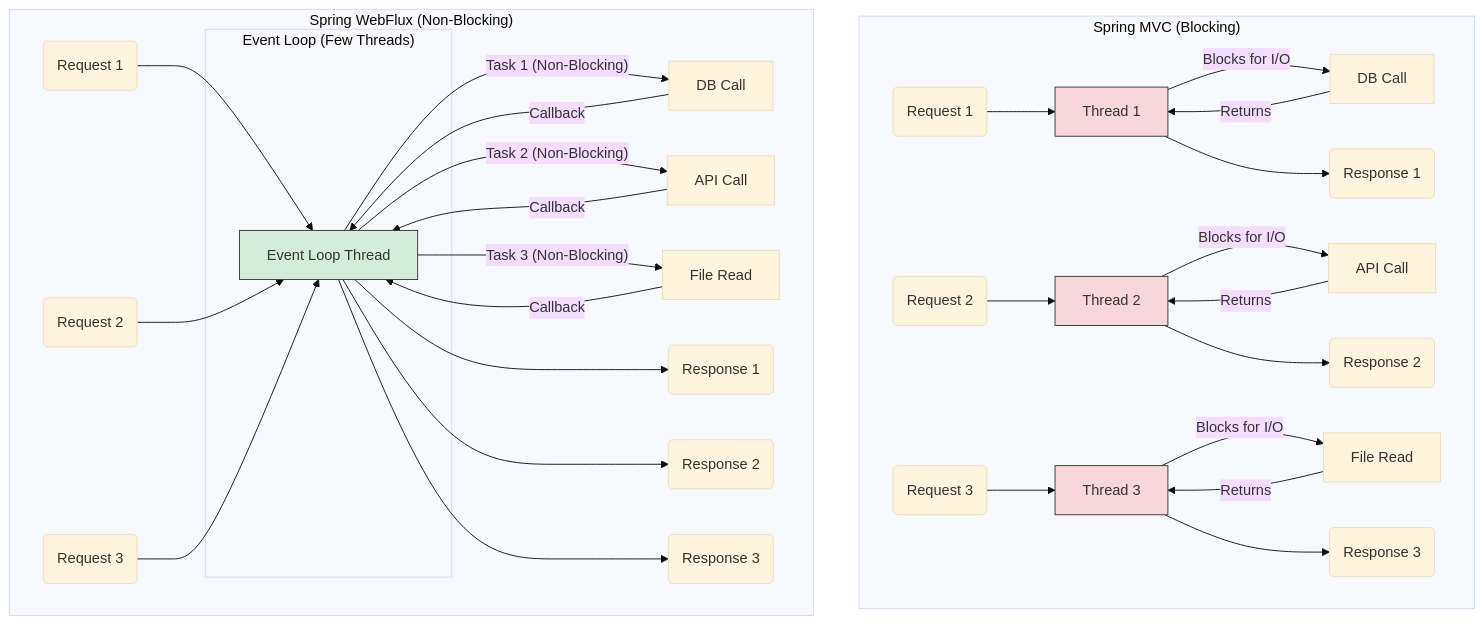
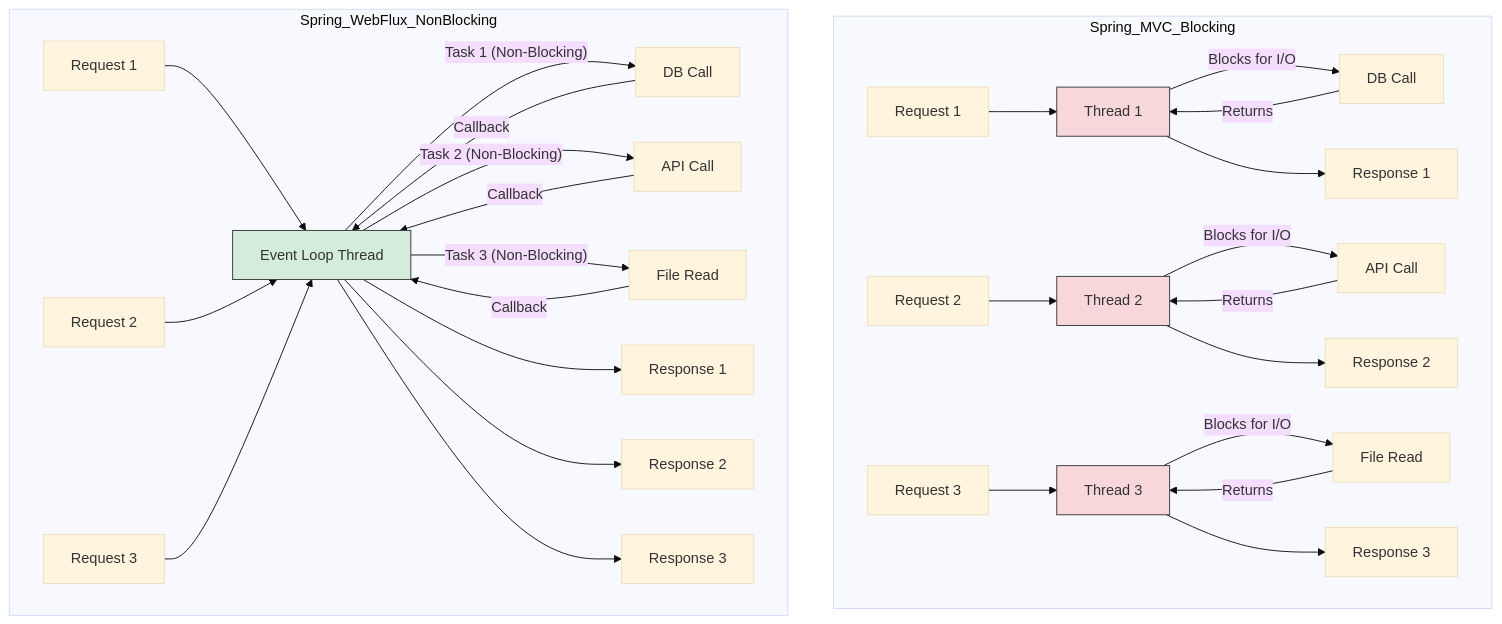
One commit to nitinkc/nitinkc.github.io changed the diagram in _posts/microservices/2025-09-22-spring-webflux-reactive.md. Above: the diagram before and after it, drawn with Mermaid (base theme). The commit also changed 3 other files, not shown here.

````diff
--- a/_posts/microservices/2025-09-22-spring-webflux-reactive.md
+++ b/_posts/microservices/2025-09-22-spring-webflux-reactive.md
@@ -71,49 +71,49 @@
 ```mermaid
 graph TD
-    subgraph "Spring MVC (Blocking)"
-        direction LR
-        R1(Request 1) --> T1[Thread 1]
-        T1 -- "Blocks for I/O" --> D1[DB Call]
-        D1 -- "Returns" --> T1
-        T1 --> Resp1(Response 1)
 
-        R2(Request 2) --> T2[Thread 2]
-        T2 -- "Blocks for I/O" --> D2[API Call]
-        D2 -- "Returns" --> T2
-        T2 --> Resp2(Response 2)
+    %% Spring MVC (Blocking)
+    subgraph Spring_MVC_Blocking
+        R1[Request 1] --> T1[Thread 1]
+        T1 -- Blocks for I/O --> D1[DB Call]
+        D1 -- Returns --> T1
+        T1 --> Resp1[Response 1]
 
-        R3(Request 3) --> T3[Thread 3]
-        T3 -- "Blocks for I/O" --> D3[File Read]
-        D3 -- "Returns" --> T3
-        T3 --> Resp3(Response 3)
+        R2[Request 2] --> T2[Thread 2]
+        T2 -- Blocks for I/O --> D2[API Call]
+        D2 -- Returns --> T2
+        T2 --> Resp2[Response 2]
+
+        R3[Request 3] --> T3[Thread 3]
+        T3 -- Blocks for I/O --> D3[File Read]
+        D3 -- Returns --> T3
+        T3 --> Resp3[Response 3]
     end
 
-    subgraph "Spring WebFlux (Non-Blocking)"
-        direction LR
-        subgraph "Event Loop (Few Threads)"
-            EL[Event Loop Thread]
-        end
+    %% Spring WebFlux (Non-Blocking)
+    subgraph Spring_WebFlux_NonBlocking
+        EL[Event Loop Thread]
+
+        WR1[Request 1] --> EL
+        EL -- Task 1 (Non-Blocking) --> WD1[DB Call]
         
-        WR1(Request 1) --> EL
-        EL -- "Task 1 (Non-Blocking)" --> WD1[DB Call]
-        
-        WR2(Request 2) --> EL
-        EL -- "Task 2 (Non-Blocking)" --> WA2[API Call]
+        WR2[Request 2] --> EL
+        EL -- Task 2 (Non-Blocking) --> WA2[API Call]
 
-        WR3(Request 3) --> EL
-        EL -- "Task 3 (Non-Blocking)" --> WF3[File Read]
+        WR3[Request 3] --> EL
+        EL -- Task 3 (Non-Blocking) --> WF3[File Read]
 
-        WD1 -- "Callback" --> EL
-        WA2 -- "Callback" --> EL
-        WF3 -- "Callback" --> EL
+        WD1 -- Callback --> EL
+        WA2 -- Callback --> EL
+        WF3 -- Callback --> EL
 
-        EL --> WResp1(Response 1)
-        EL --> WResp2(Response 2)
-        EL --> WResp3(Response 3)
+        EL --> WResp1[Response 1]
+        EL --> WResp2[Response 2]
+        EL --> WResp3[Response 3]
     end
 
+    %% Styling nodes
     style T1 fill:#f8d7da,stroke:#333
     style T2 fill:#f8d7da,stroke:#333
     style T3 fill:#f8d7da,stroke:#333
     style EL fill:#d4edda,stroke:#333
 ```
````
